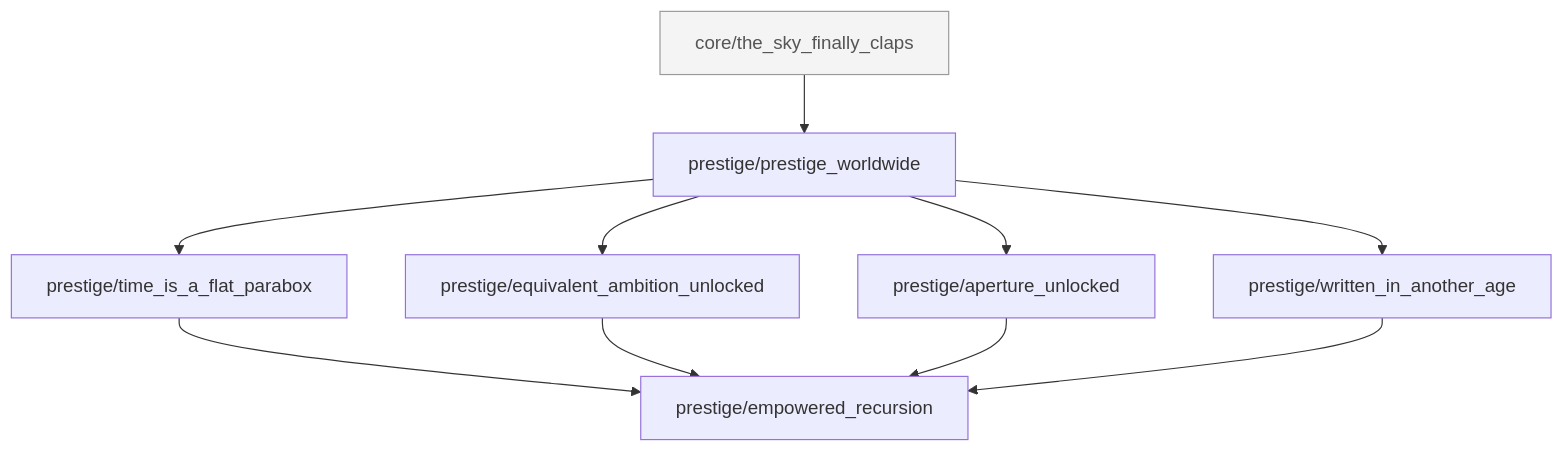
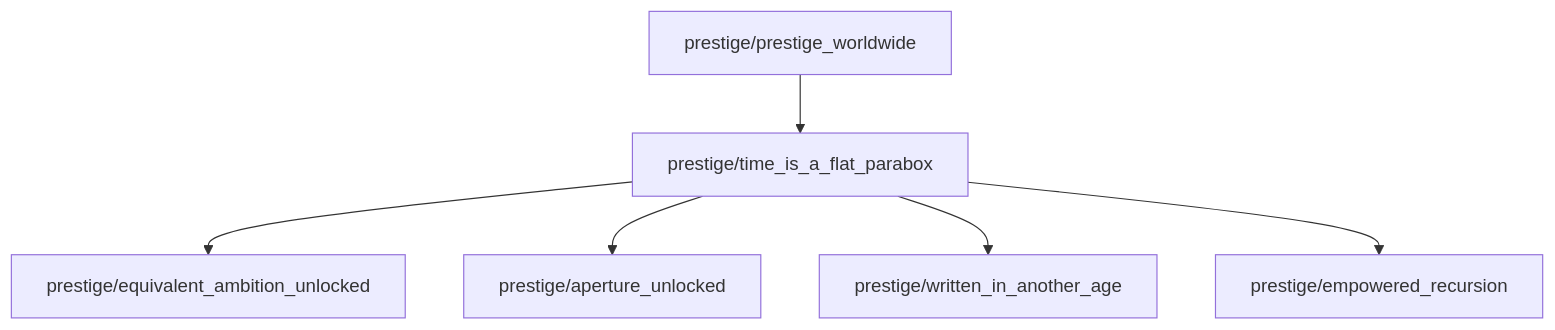
One commit to godh00d/sf4 changed the sixth of 6 diagrams in ACHIEVEMENT_TREE.md. Above: the diagram before and after it, drawn with Mermaid. The commit also changed other lines of this file and 97 other files, not shown here.

````diff
--- a/ACHIEVEMENT_TREE.md
+++ b/ACHIEVEMENT_TREE.md
@@ -276,14 +215,9 @@
 ```mermaid
 flowchart TD
-    C110["core/the_sky_finally_claps"]:::prior --> P01["prestige/prestige_worldwide"]
-    P01 --> P02["prestige/equivalent_ambition_unlocked"]
-    P01 --> P03["prestige/aperture_unlocked"]
-    P01 --> P04["prestige/written_in_another_age"]
+    P01["prestige/prestige_worldwide"]
     P01 --> P05["prestige/time_is_a_flat_parabox"]
+    P05 --> P02["prestige/equivalent_ambition_unlocked"]
+    P05 --> P03["prestige/aperture_unlocked"]
+    P05 --> P04["prestige/written_in_another_age"]
     P05 --> P06["prestige/empowered_recursion"]
-    P02 --> P06
-    P03 --> P06
-    P04 --> P06
-
-    classDef prior fill:#f4f4f4,stroke:#999,color:#555;
 ```
````
